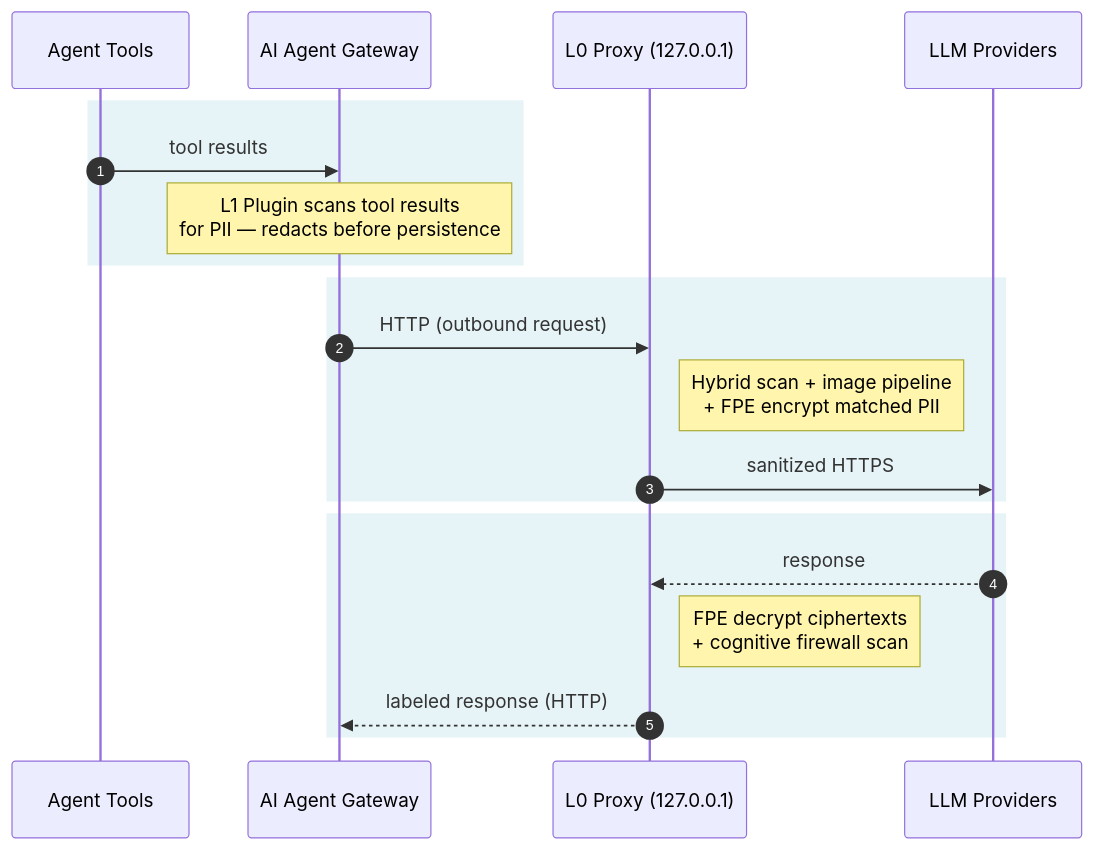
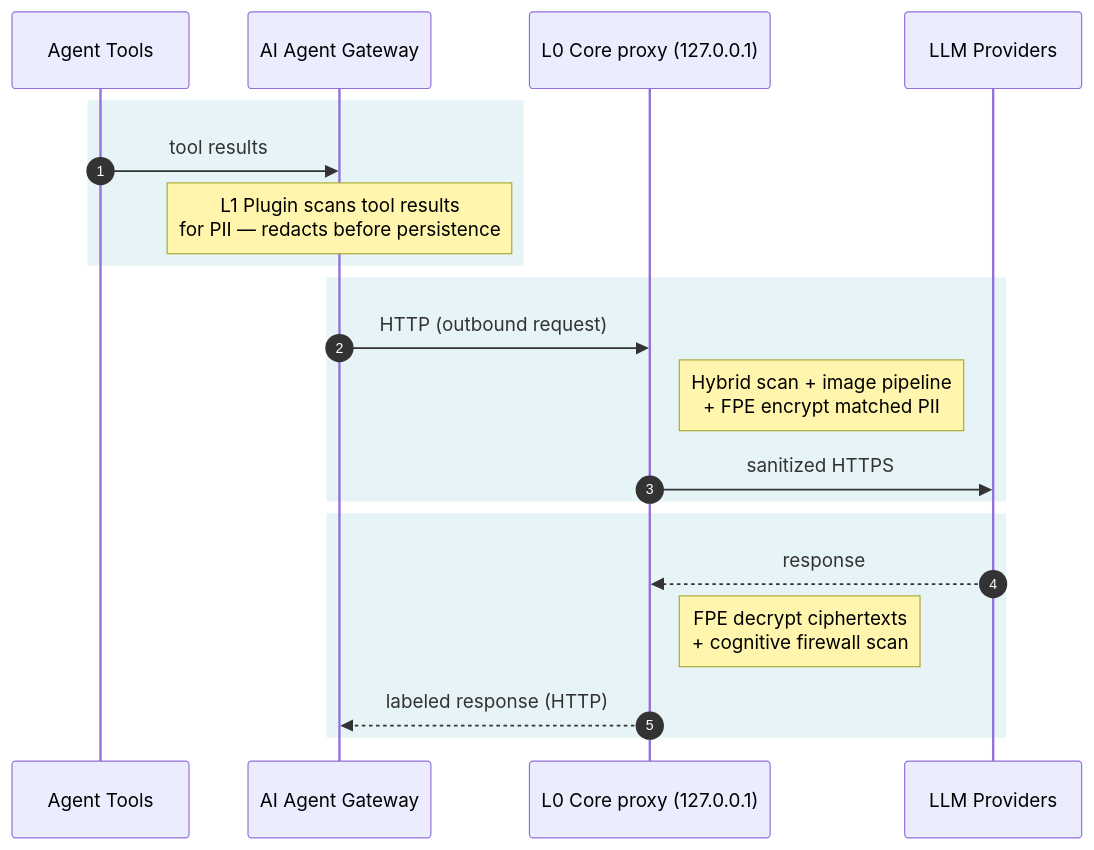
One commit to OpenObscure/OpenObscure changed the first of 3 diagrams in ARCHITECTURE.md. Above: the diagram before and after it, drawn with Mermaid. The commit also changed other lines of this file and 230 other files, not shown here.

````diff
--- a/ARCHITECTURE.md
+++ b/ARCHITECTURE.md
@@ -246,26 +246,26 @@
 ```mermaid
 sequenceDiagram
     autonumber
 
     participant T as Agent Tools
     participant G as AI Agent Gateway
-    participant P as L0 Proxy (127.0.0.1)
+    participant P as L0 Core proxy (127.0.0.1)
     participant L as LLM Providers
 
     rect rgb(230, 243, 247)
         T->>G: tool results
         Note over G: L1 Plugin scans tool results<br/>for PII — redacts before persistence
     end
 
     rect rgb(230, 243, 247)
         G->>P: HTTP (outbound request)
         Note right of P: Hybrid scan + image pipeline<br/>+ FPE encrypt matched PII
         P->>L: sanitized HTTPS
     end
 
     rect rgb(230, 243, 247)
         L-->>P: response
         Note right of P: FPE decrypt ciphertexts<br/>+ cognitive firewall scan
         P-->>G: labeled response (HTTP)
     end
 ```
````
